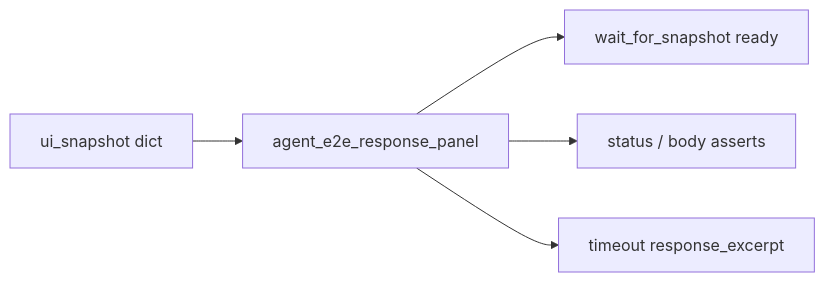
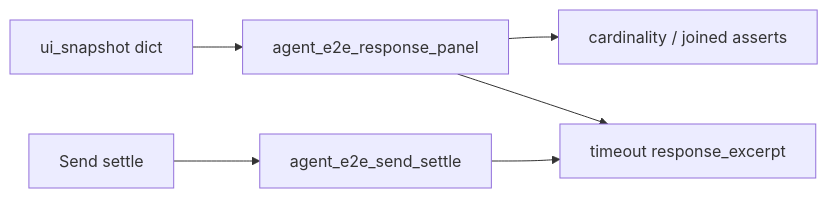
One commit to koctep/pypost changed the diagram in doc/dev/agent_e2e_response_panel.md. Above: the diagram before and after it, drawn with Mermaid. The commit also changed other lines of this file and 21 other files, not shown here.

First line of the commit message:
test(agent): PYPOST-948 Migrate sibling e2e to text-wait settle

````diff
--- a/doc/dev/agent_e2e_response_panel.md
+++ b/doc/dev/agent_e2e_response_panel.md
@@ -24,7 +24,8 @@
 ```mermaid
 flowchart LR
   Snap[ui_snapshot dict] --> RP[agent_e2e_response_panel]
-  RP --> Wait[wait_for_snapshot ready]
-  RP --> Assert[status / body asserts]
+  RP --> Assert[cardinality / joined asserts]
   RP --> Diag[timeout response_excerpt]
+  Send[Send settle] --> TextWait[agent_e2e_send_settle]
+  TextWait --> Diag
 ```
````
